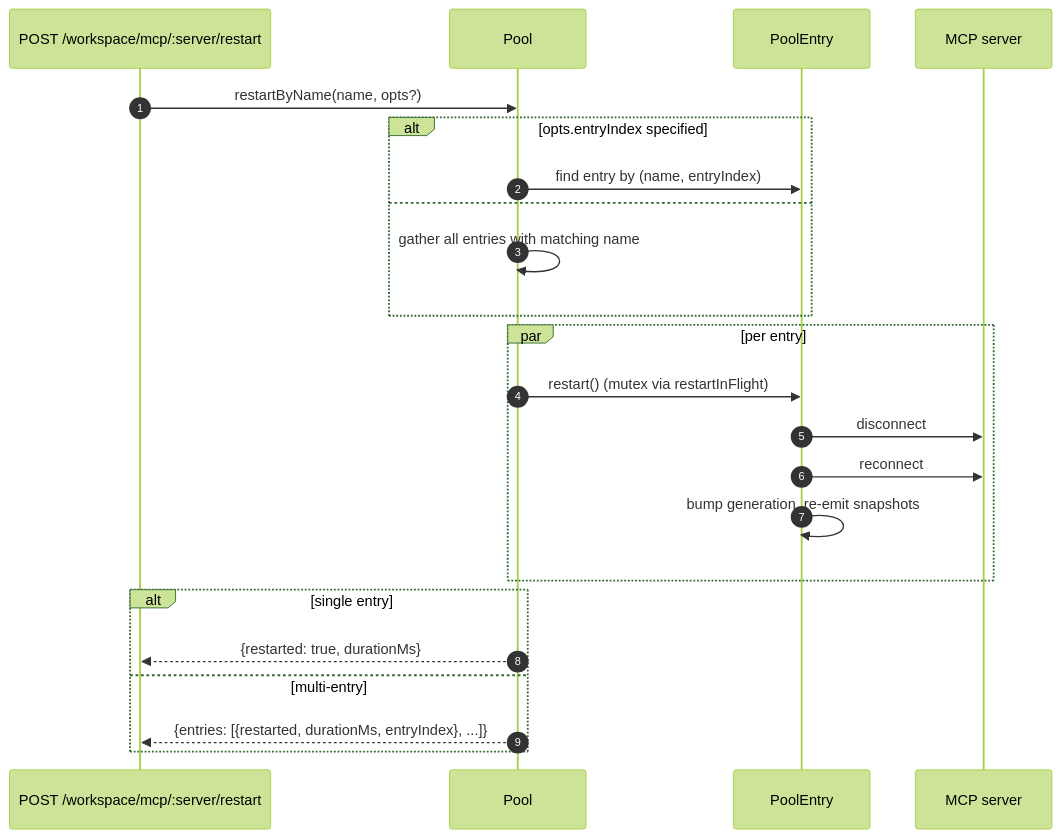
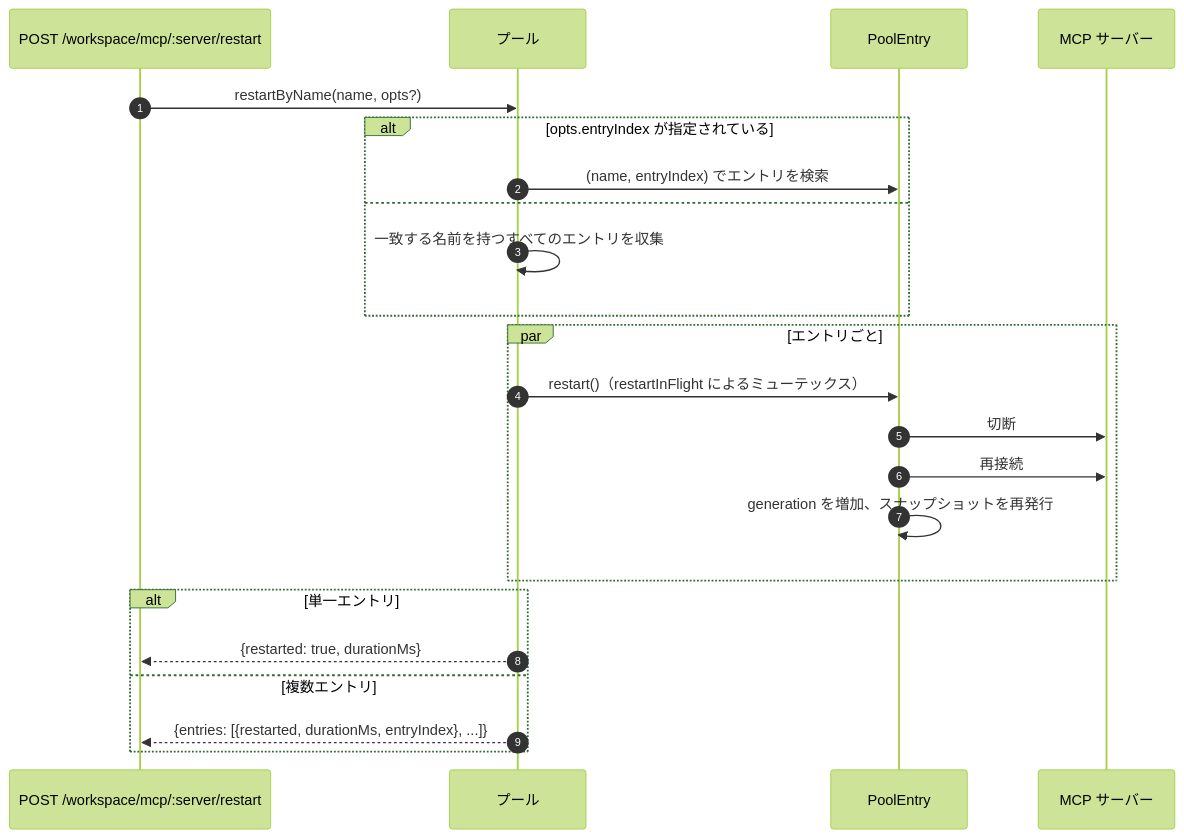
One commit to QwenLM/qwen-code-docs changed the third of 4 diagrams in website/content/ja/developers/daemon/05-mcp-transport-pool.md. Above: the diagram before and after it, drawn with Mermaid (forest theme). The commit also changed other lines of this file and 1077 other files, not shown here.

````diff
--- a/website/content/ja/developers/daemon/05-mcp-transport-pool.md
+++ b/website/content/ja/developers/daemon/05-mcp-transport-pool.md
@@ -175,26 +175,26 @@
 ```mermaid
 sequenceDiagram
     autonumber
     participant Op as POST /workspace/mcp/:server/restart
-    participant P as Pool
+    participant P as プール
     participant E as PoolEntry
-    participant SRV as MCP server
+    participant SRV as MCP サーバー
 
     Op->>P: restartByName(name, opts?)
-    alt opts.entryIndex specified
-        P->>E: find entry by (name, entryIndex)
+    alt opts.entryIndex が指定されている
+        P->>E: (name, entryIndex) でエントリを検索
     else
-        P->>P: gather all entries with matching name
+        P->>P: 一致する名前を持つすべてのエントリを収集
     end
-    par per entry
-        P->>E: restart() (mutex via restartInFlight)
-        E->>SRV: disconnect
-        E->>SRV: reconnect
-        E->>E: bump generation, re-emit snapshots
+    par エントリごと
+        P->>E: restart()（restartInFlight によるミューテックス）
+        E->>SRV: 切断
+        E->>SRV: 再接続
+        E->>E: generation を増加、スナップショットを再発行
     end
-    alt single entry
+    alt 単一エントリ
         P-->>Op: {restarted: true, durationMs}
-    else multi-entry
+    else 複数エントリ
         P-->>Op: {entries: [{restarted, durationMs, entryIndex}, ...]}
     end
 ```
````
